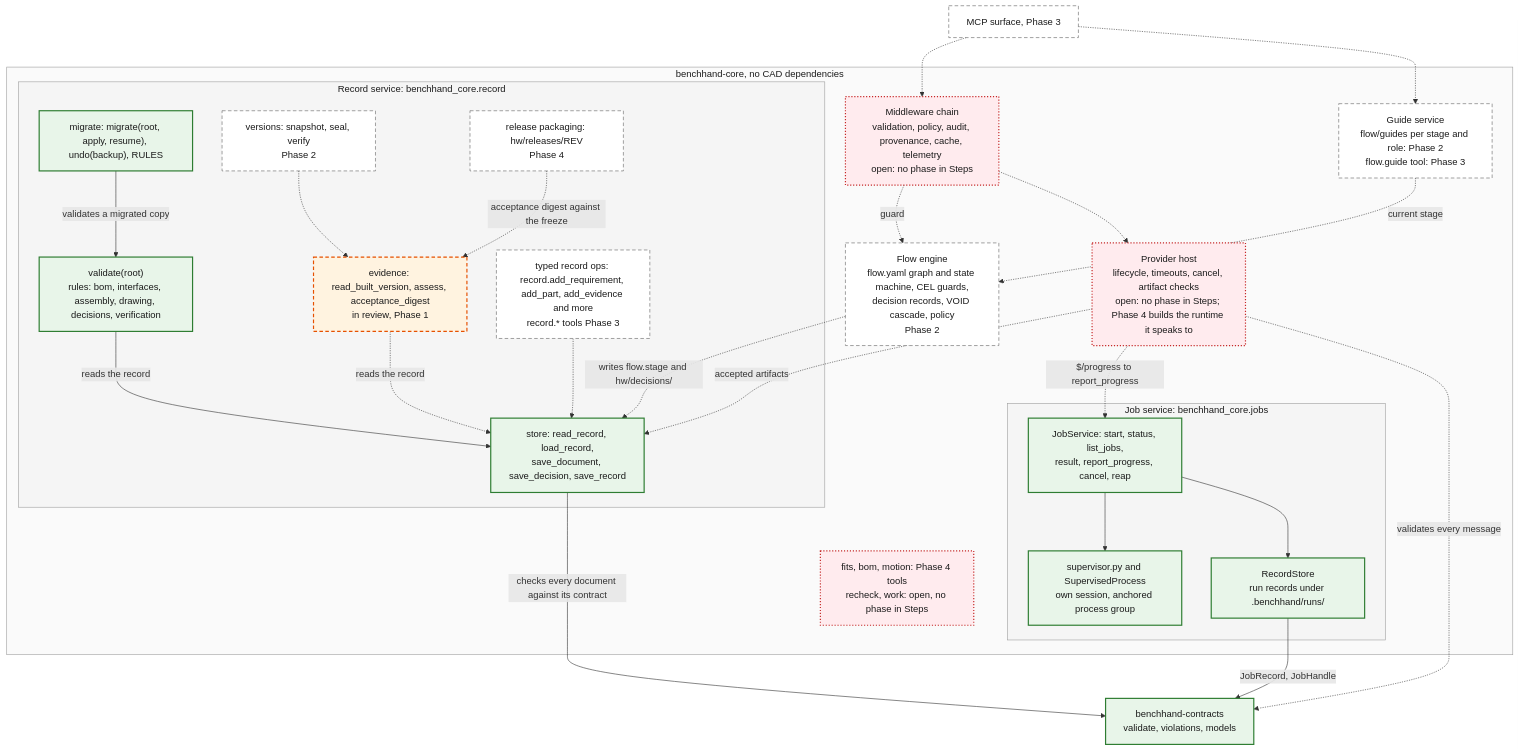
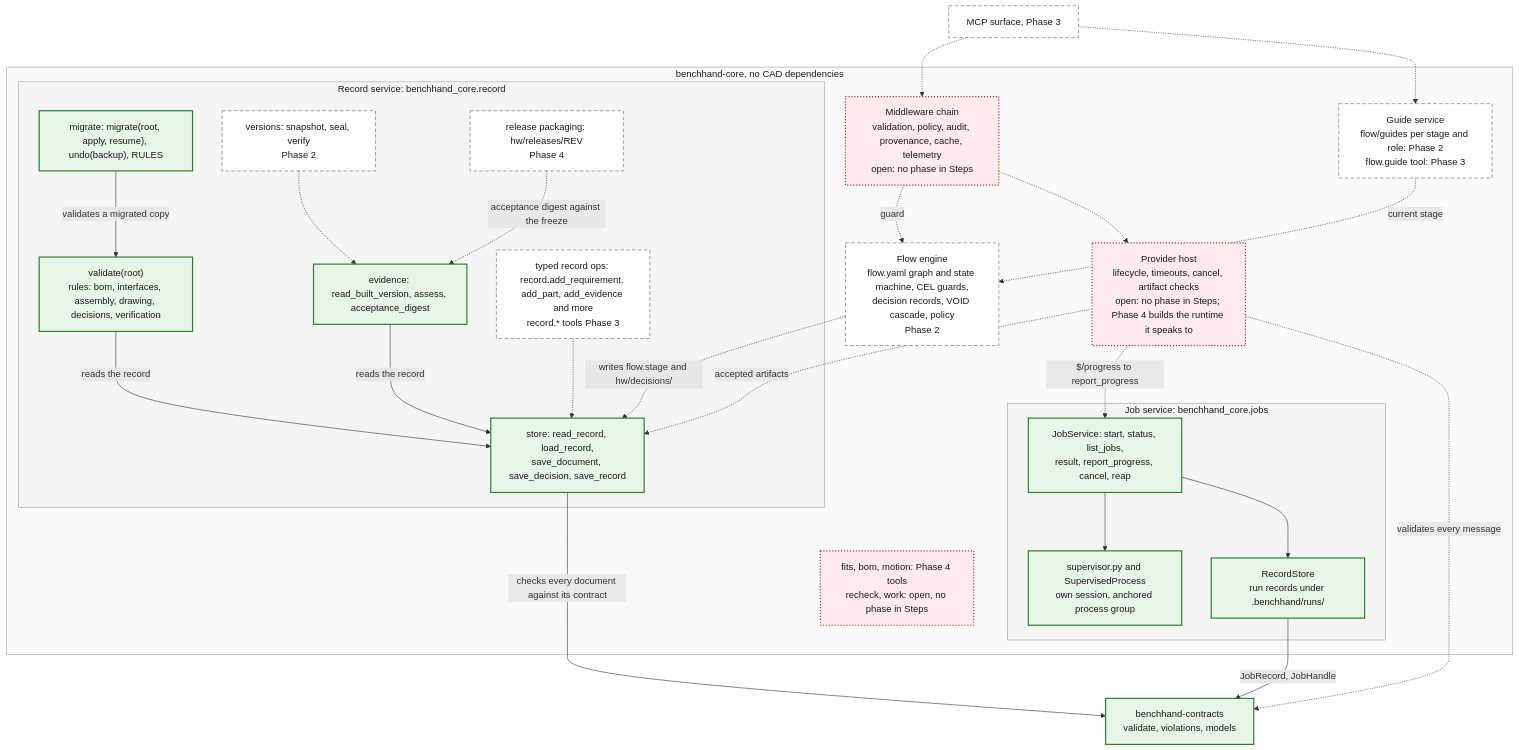
One commit to benchhand/benchhand-next changed the second of 3 diagrams in docs/architecture/containers.md. Above: the diagram before and after it, drawn with Mermaid. The commit also changed other lines of this file and 3 other files, not shown here.

Commit message:
docs(architecture): evidence is on main at 71c1a54; draw it solid and cite its paths on main

````diff
--- a/docs/architecture/containers.md
+++ b/docs/architecture/containers.md
@@ -69,63 +69,62 @@
 ```mermaid
 flowchart TB
   surface["MCP surface, Phase 3"]:::planned
 
   subgraph core["benchhand-core, no CAD dependencies"]
     flowEngine["Flow engine<br/>flow.yaml graph and state machine, CEL guards,<br/>decision records, VOID cascade, policy<br/>Phase 2"]:::planned
     guide["Guide service<br/>flow/guides per stage and role: Phase 2<br/>flow.guide tool: Phase 3"]:::planned
     middleware["Middleware chain<br/>validation, policy, audit, provenance, cache, telemetry<br/>open: no phase in Steps"]:::open
     providerHost["Provider host<br/>lifecycle, timeouts, cancel, artifact checks<br/>open: no phase in Steps; Phase 4 builds the runtime it speaks to"]:::open
 
     subgraph record["Record service: benchhand_core.record"]
       store["store: read_record, load_record,<br/>save_document, save_decision, save_record"]:::impl
       validate["validate(root)<br/>rules: bom, interfaces, assembly, drawing, decisions, verification"]:::impl
       migrate["migrate: migrate(root, apply, resume), undo(backup), RULES"]:::impl
-      %% in-review: evidence
-      evidence["evidence: read_built_version, assess, acceptance_digest<br/>in review, Phase 1"]:::review
+      evidence["evidence: read_built_version, assess, acceptance_digest"]:::impl
       versions["versions: snapshot, seal, verify<br/>Phase 2"]:::planned
       release["release packaging: hw/releases/REV<br/>Phase 4"]:::planned
       recordOps["typed record ops: record.add_requirement, add_part, add_evidence and more<br/>record.* tools Phase 3"]:::planned
     end
 
     subgraph jobs["Job service: benchhand_core.jobs"]
       jobService["JobService: start, status, list_jobs,<br/>result, report_progress, cancel, reap"]:::impl
       supervisor["supervisor.py and SupervisedProcess<br/>own session, anchored process group"]:::impl
       runStore["RecordStore<br/>run records under .benchhand/runs/"]:::impl
     end
 
     domain["fits, bom, motion: Phase 4 tools<br/>recheck, work: open, no phase in Steps"]:::open
   end
 
   contracts["benchhand-contracts<br/>validate, violations, models"]:::impl
 
   surface -.-> middleware
   middleware -.->|"guard"| flowEngine
   middleware -.-> providerHost
   surface -.-> guide
   guide -.->|"current stage"| flowEngine
   flowEngine -.->|"writes flow.stage and hw/decisions/"| store
   recordOps -.-> store
   validate -->|"reads the record"| store
   store -->|"checks every document against its contract"| contracts
   migrate -->|"validates a migrated copy"| validate
-  evidence -.->|"reads the record"| store
+  evidence -->|"reads the record"| store
   versions -.-> evidence
   release -.->|"acceptance digest against the freeze"| evidence
   providerHost -.->|"$/progress to report_progress"| jobService
   providerHost -.->|"accepted artifacts"| store
   providerHost -.->|"validates every message"| contracts
   jobService --> supervisor
   jobService --> runStore
   runStore -->|"JobRecord, JobHandle"| contracts
 
   style core fill:#fafafa,stroke:#9e9e9e,color:#1b1b1b
   style record fill:#f5f5f5,stroke:#9e9e9e,color:#1b1b1b
   style jobs fill:#f5f5f5,stroke:#9e9e9e,color:#1b1b1b
 
   classDef impl fill:#e8f5e9,stroke:#2e7d32,stroke-width:2px,color:#1b1b1b
   classDef review fill:#fff3e0,stroke:#e65100,stroke-width:2px,stroke-dasharray:6 4,color:#1b1b1b
   classDef planned fill:#ffffff,stroke:#616161,stroke-width:1px,stroke-dasharray:6 4,color:#1b1b1b
   classDef open fill:#ffebee,stroke:#c62828,stroke-width:2px,stroke-dasharray:2 3,color:#1b1b1b
   classDef ext fill:#eceff1,stroke:#37474f,stroke-width:1px,color:#1b1b1b
   classDef person fill:#e3f2fd,stroke:#1565c0,stroke-width:2px,color:#1b1b1b
 ```
````
